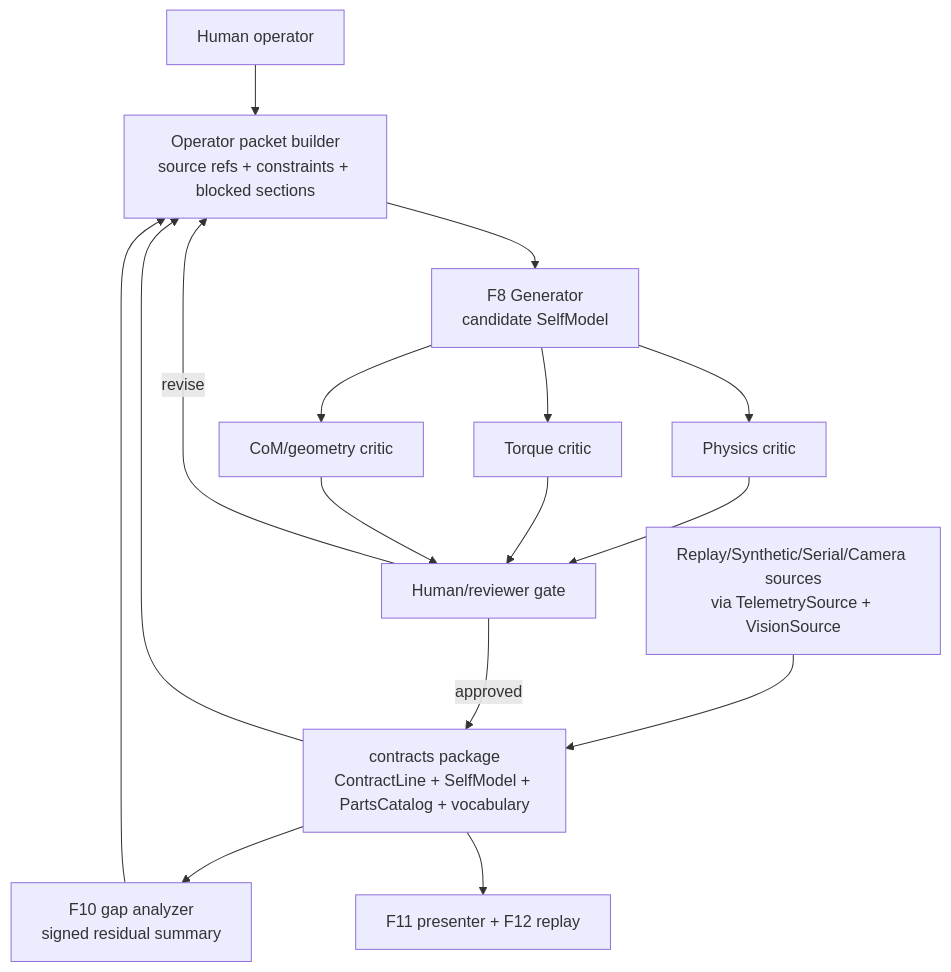
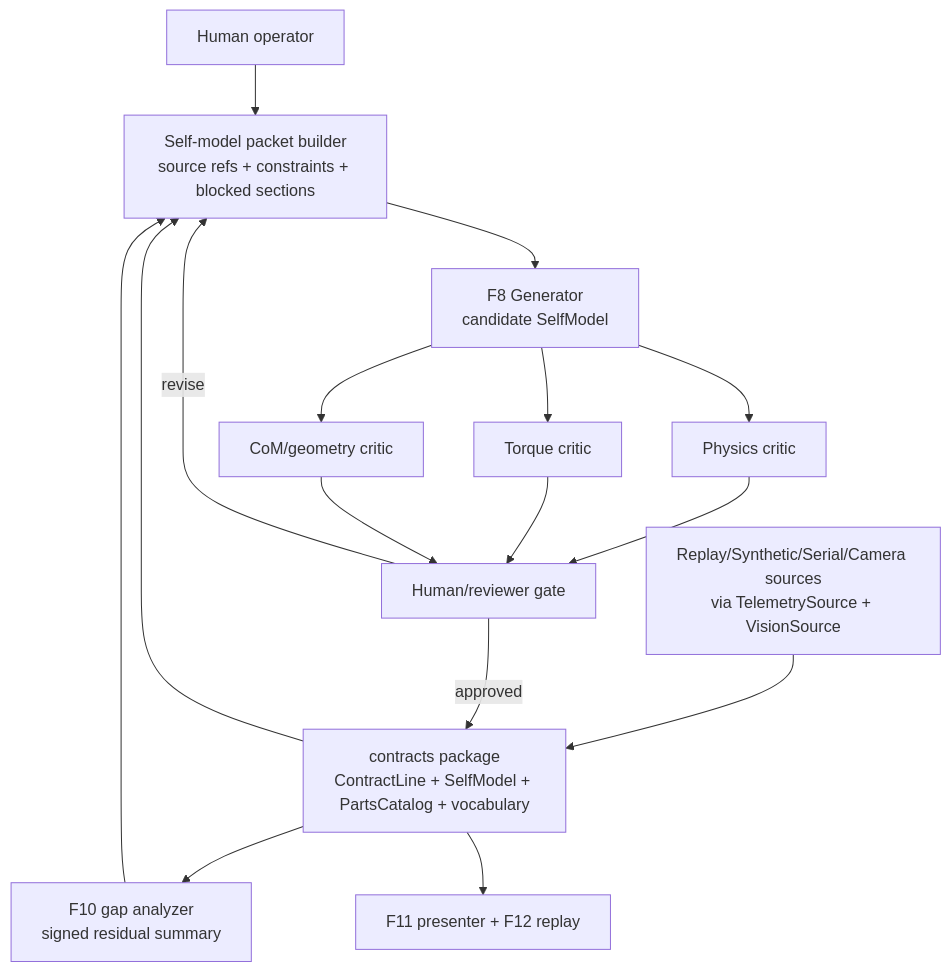
Before and after one commit to codewizard-dt/llm-self-model-capstone: the diagram in self_model_generator/docs/llm_critic_architecture.md, drawn with Mermaid. The commit also changed other lines of this file and 32 other files, not shown here.

Commit message:
Fix self model generator naming

````diff
--- a/self_model_generator/docs/llm_critic_architecture.md
+++ b/self_model_generator/docs/llm_critic_architecture.md
@@ -50,30 +52,30 @@
 ```mermaid
 flowchart TD
   Human["Human operator"]
   Contracts["contracts package<br/>ContractLine + SelfModel + PartsCatalog + vocabulary"]
   Sources["Replay/Synthetic/Serial/Camera sources<br/>via TelemetrySource + VisionSource"]
   Gap["F10 gap analyzer<br/>signed residual summary"]
-  Packet["Operator packet builder<br/>source refs + constraints + blocked sections"]
+  Packet["Self-model packet builder<br/>source refs + constraints + blocked sections"]
   Generator["F8 Generator<br/>candidate SelfModel"]
   Phys["Physics critic"]
   Torque["Torque critic"]
   Geometry["CoM/geometry critic"]
   Gate["Human/reviewer gate"]
   Presenter["F11 presenter + F12 replay"]
 
   Sources --> Contracts
   Contracts --> Gap
   Contracts --> Packet
   Gap --> Packet
   Human --> Packet
   Packet --> Generator
   Generator --> Phys
   Generator --> Torque
   Generator --> Geometry
   Phys --> Gate
   Torque --> Gate
   Geometry --> Gate
   Gate -->|approved| Contracts
   Gate -->|revise| Packet
   Contracts --> Presenter
 ```
````
